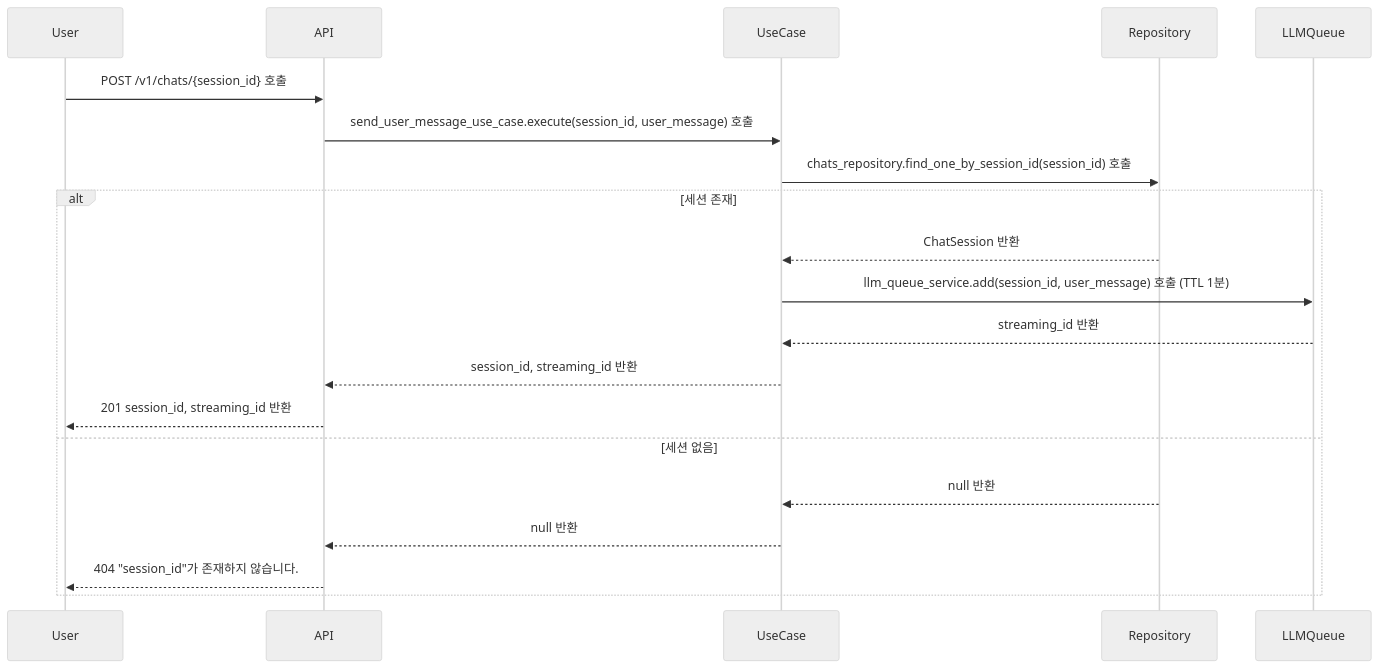
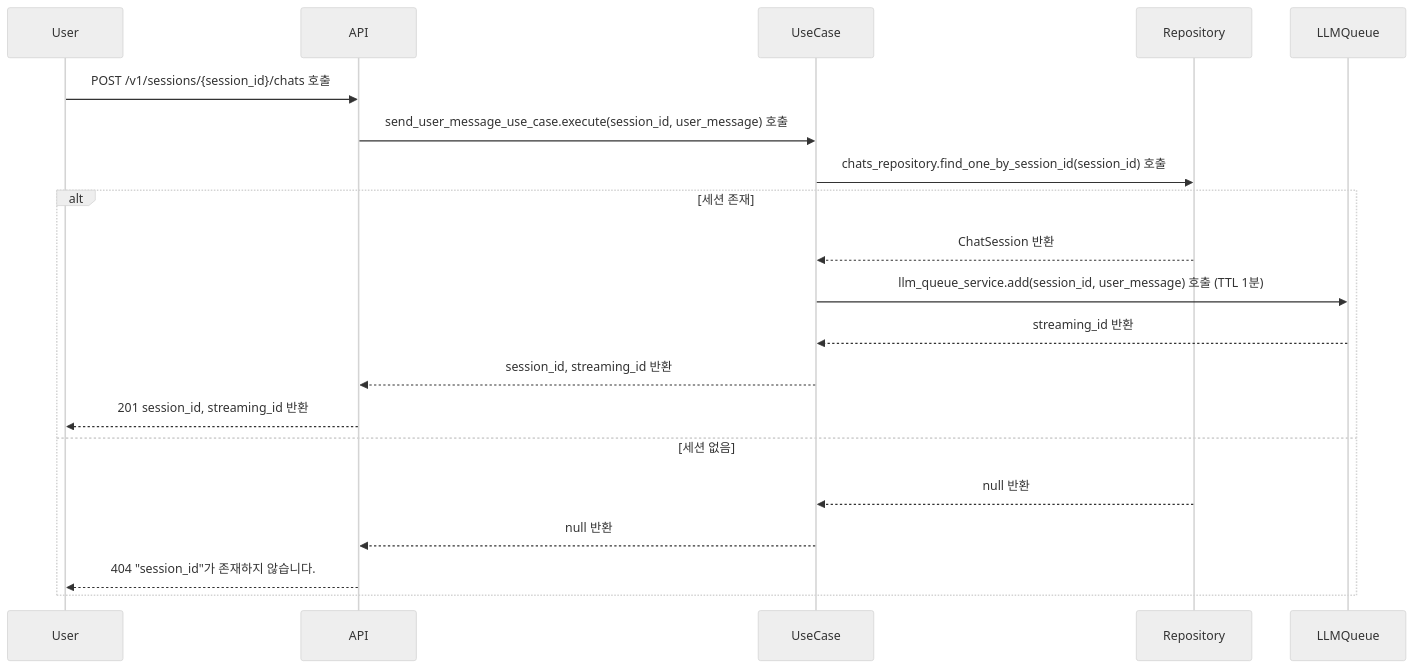
The third of 5 diagrams in README.md (JeHwanYoo/naver-smart-store-rag-chatbot), drawn with Mermaid (neutral theme) before and after one commit. The commit also changed other lines of this file, not shown here.

First line of the commit message:
📝docs(README): API Path의 의미를 보다 명확히 정의

````diff
--- a/README.md
+++ b/README.md
@@ -241,17 +241,17 @@
 ```mermaid
 sequenceDiagram
-    User ->> API: POST /v1/chats/{session_id} 호출
+    User ->> API: POST /v1/sessions/{session_id}/chats 호출
     API ->> UseCase: send_user_message_use_case.execute(session_id, user_message) 호출
     UseCase ->> Repository: chats_repository.find_one_by_session_id(session_id) 호출
     alt 세션 존재
         Repository -->> UseCase: ChatSession 반환
         UseCase ->> LLMQueue: llm_queue_service.add(session_id, user_message) 호출 (TTL 1분)
         LLMQueue -->> UseCase: streaming_id 반환
         UseCase -->> API: session_id, streaming_id 반환
         API -->> User: 201 session_id, streaming_id 반환
     else 세션 없음
         Repository -->> UseCase: null 반환
         UseCase -->> API: null 반환
         API -->> User: 404 "session_id"가 존재하지 않습니다.
     end
 ```
````
